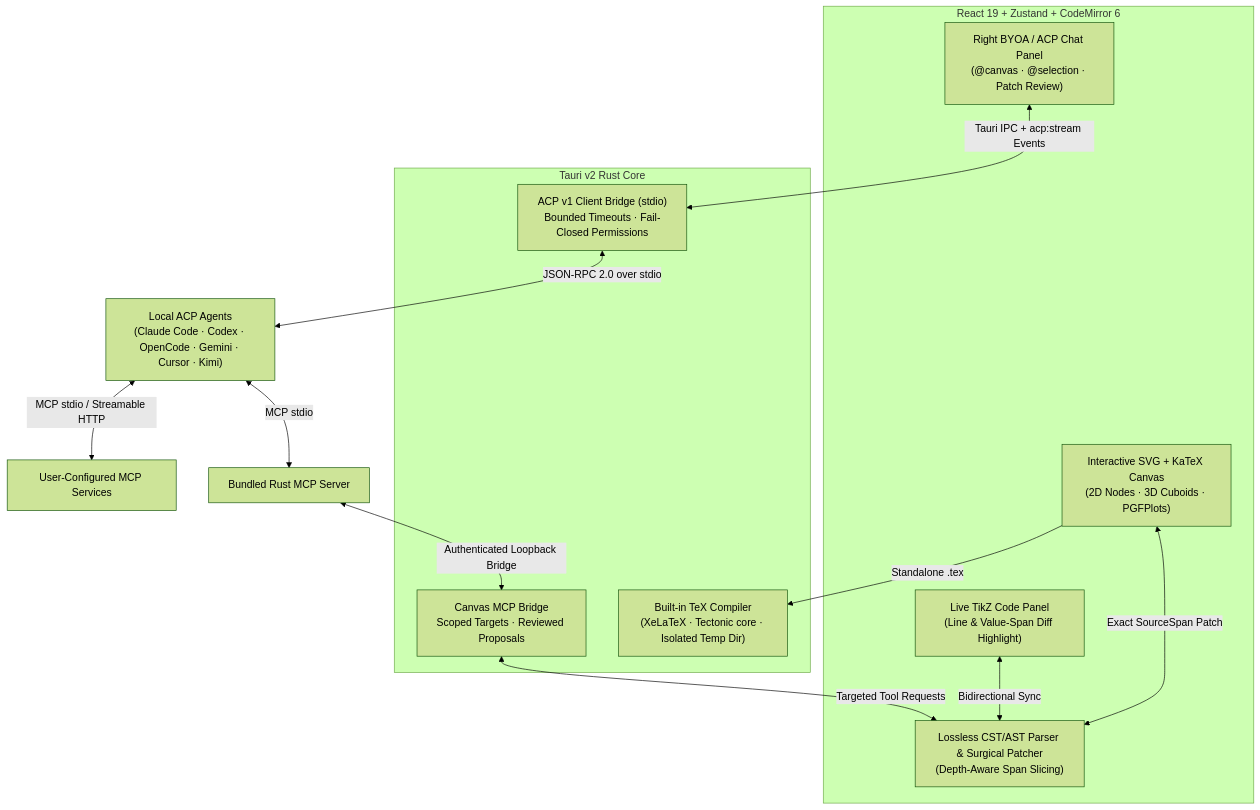
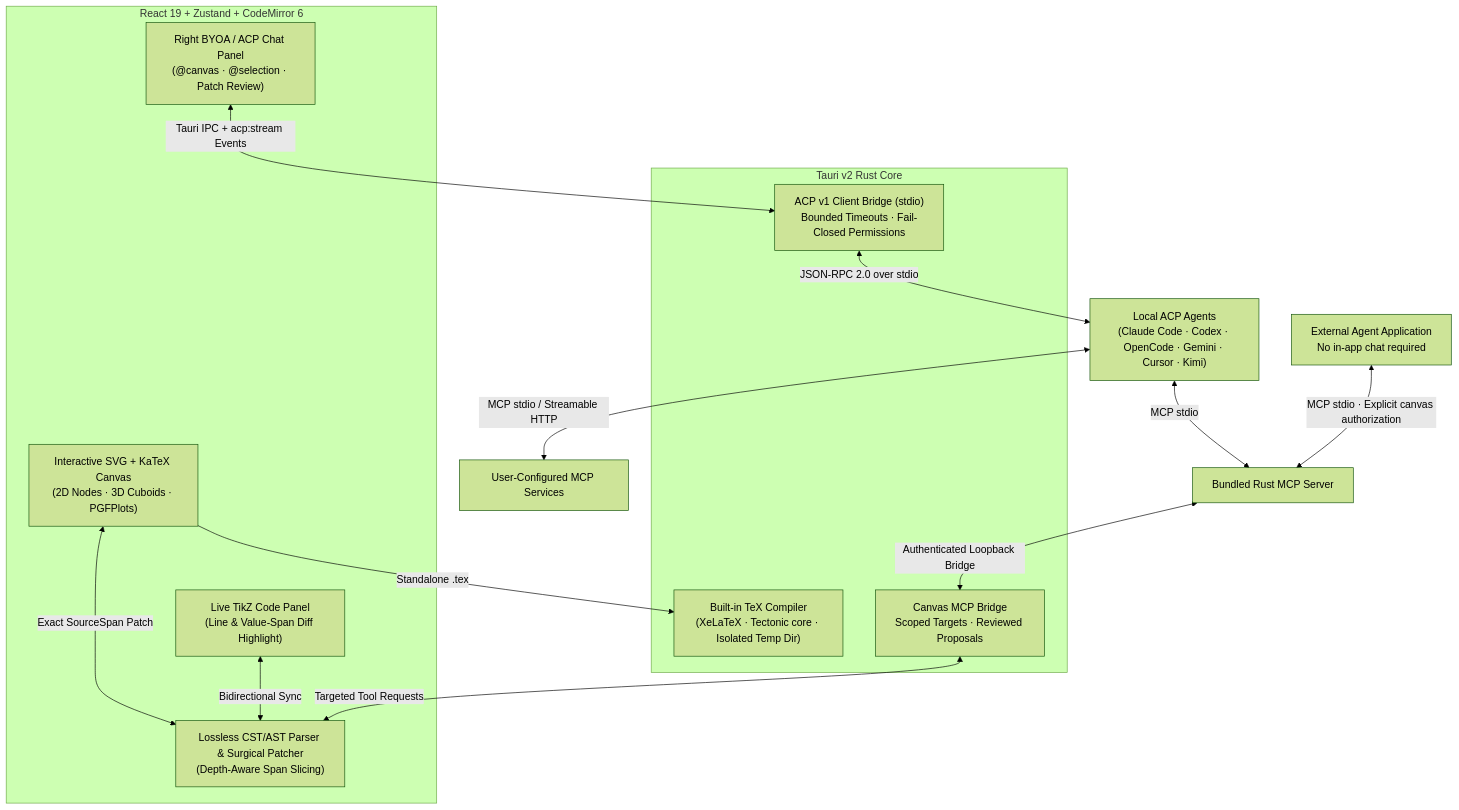
One commit to jhxxr/AgenTikZ changed the diagram in README.md. Above: the diagram before and after it, drawn with Mermaid (forest theme). The commit also changed other lines of this file and 29 other files, not shown here.

Commit message:
feat: release v0.9.0 with external MCP drawing control

````diff
--- a/README.md
+++ b/README.md
@@ -89,25 +91,26 @@
 ```mermaid
 flowchart TB
     subgraph Frontend["React 19 + Zustand + CodeMirror 6"]
         Canvas["Interactive SVG + KaTeX Canvas\n(2D Nodes · 3D Cuboids · PGFPlots)"]
         Editor["Live TikZ Code Panel\n(Line & Value-Span Diff Highlight)"]
         Parser["Lossless CST/AST Parser & Surgical Patcher\n(Depth-Aware Span Slicing)"]
         AgentUI["Right BYOA / ACP Chat Panel\n(@canvas · @selection · Patch Review)"]
     end
 
     subgraph Backend["Tauri v2 Rust Core"]
         AcpBridge["ACP v1 Client Bridge (stdio)\nBounded Timeouts · Fail-Closed Permissions"]
         TexEngine["Built-in TeX Compiler\n(XeLaTeX · Tectonic core · Isolated Temp Dir)"]
         McpManifest["Canvas MCP Bridge\nScoped Targets · Reviewed Proposals"]
     end
 
     Canvas <-->|"Exact SourceSpan Patch"| Parser
     Editor <-->|"Bidirectional Sync"| Parser
     AgentUI <-->|"Tauri IPC + acp:stream Events"| AcpBridge
     Canvas -->|"Standalone .tex"| TexEngine
     AcpBridge <-->|"JSON-RPC 2.0 over stdio"| LocalAgents["Local ACP Agents\n(Claude Code · Codex · OpenCode · Gemini · Cursor · Kimi)"]
     LocalAgents <-->|"MCP stdio"| McpSidecar["Bundled Rust MCP Server"]
+    IndependentAgent["External Agent Application\nNo in-app chat required"] <-->|"MCP stdio · Explicit canvas authorization"| McpSidecar
     McpSidecar <-->|"Authenticated Loopback Bridge"| McpManifest
     McpManifest <-->|"Targeted Tool Requests"| Parser
     LocalAgents <-->|"MCP stdio / Streamable HTTP"| ExternalMcp["User-Configured MCP Services"]
 ```
````
